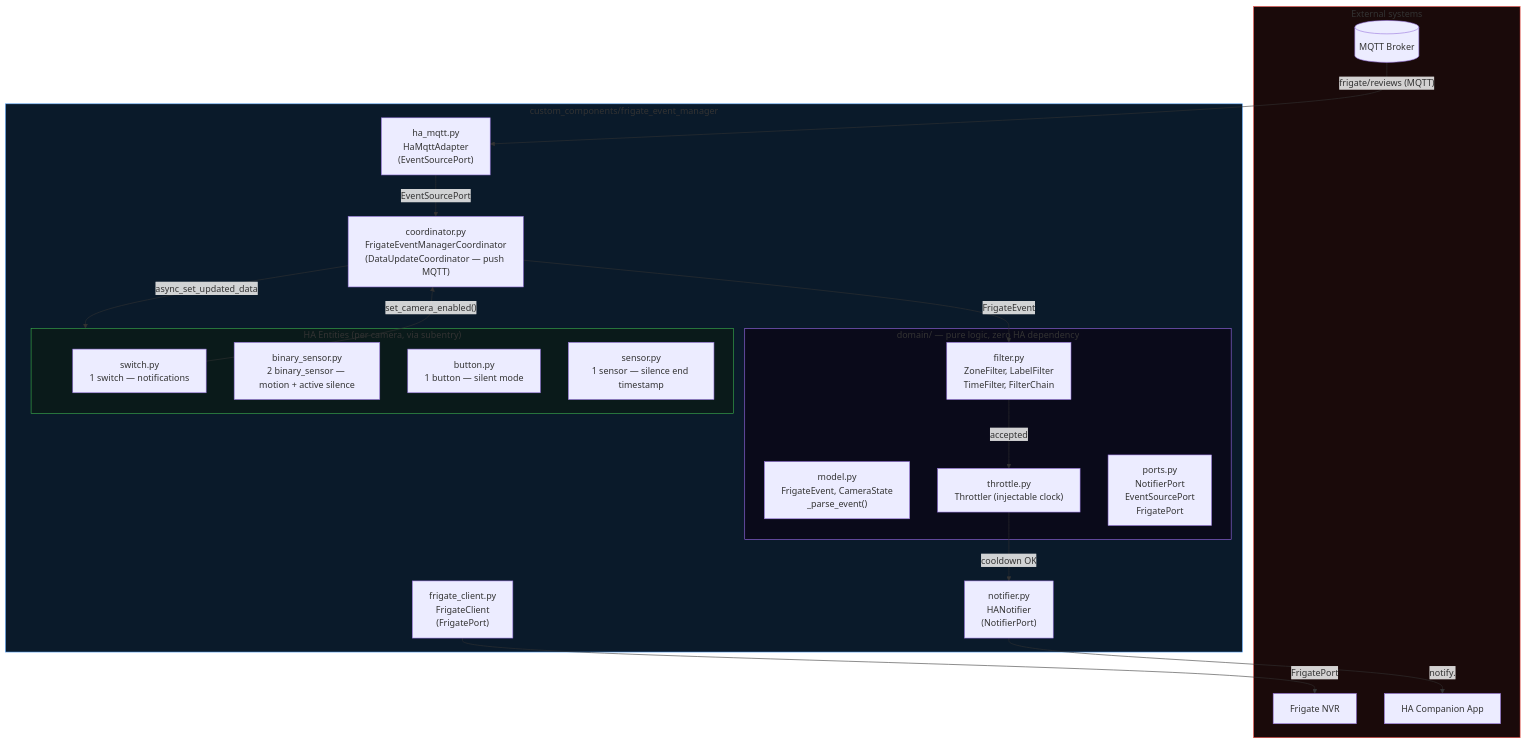
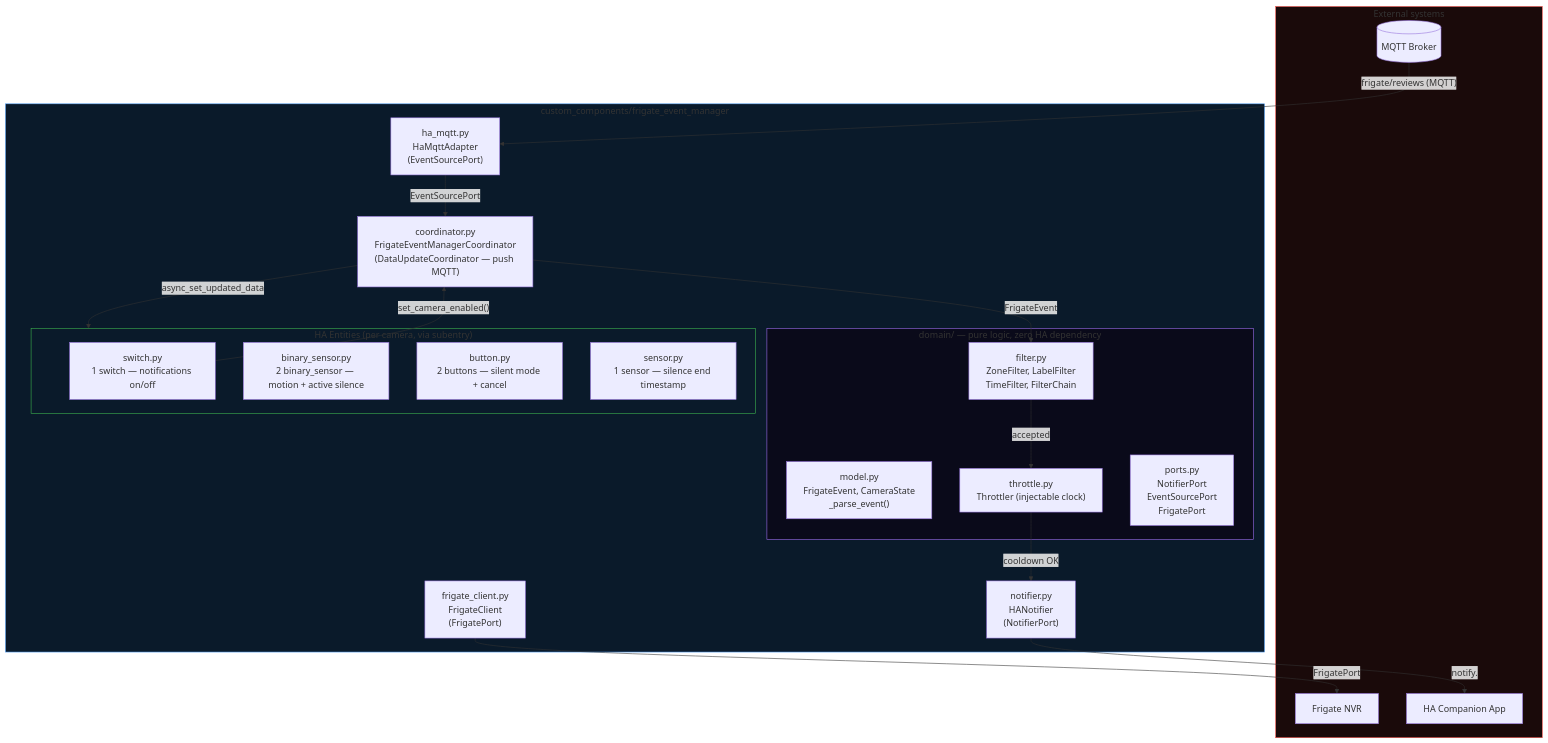
The first of 5 diagrams in docs/architecture.md (trowaflo/frigate-event-manager), drawn with Mermaid before and after one commit. The commit also changed other lines of this file and 1 other file, not shown here.

Commit message:
docs: rationalize documentation — README, architecture, notifications

````diff
--- a/docs/architecture.md
+++ b/docs/architecture.md
@@ -8,44 +8,44 @@
 ```mermaid
 graph TB
     subgraph External["External systems"]
         BROKER[("MQTT Broker")]
         FRIGATE["Frigate NVR"]
         HA_NOTIFY["HA Companion App"]
     end
 
     subgraph Integration["custom_components/frigate_event_manager"]
         subgraph Domain["domain/ — pure logic, zero HA dependency"]
             MODEL["model.py\nFrigateEvent, CameraState\n_parse_event()"]
             FILTER_D["filter.py\nZoneFilter, LabelFilter\nTimeFilter, FilterChain"]
             THROTTLE_D["throttle.py\nThrottler (injectable clock)"]
             PORTS["ports.py\nNotifierPort\nEventSourcePort\nFrigatePort"]
         end
 
         COORD["coordinator.py\nFrigateEventManagerCoordinator\n(DataUpdateCoordinator — push MQTT)"]
         HAMQTT["ha_mqtt.py\nHaMqttAdapter\n(EventSourcePort)"]
         NOTIFIER["notifier.py\nHANotifier\n(NotifierPort)"]
         CLIENT["frigate_client.py\nFrigateClient\n(FrigatePort)"]
 
         subgraph Entities["HA Entities (per camera, via subentry)"]
-            SWITCH["switch.py\n1 switch — notifications"]
+            SWITCH["switch.py\n1 switch — notifications on/off"]
             BINSENSOR["binary_sensor.py\n2 binary_sensor — motion + active silence"]
-            BUTTON["button.py\n1 button — silent mode"]
+            BUTTON["button.py\n2 buttons — silent mode + cancel"]
             SENSOR["sensor.py\n1 sensor — silence end timestamp"]
         end
     end
 
     BROKER -->|"frigate/reviews (MQTT)"| HAMQTT
     HAMQTT -->|"EventSourcePort"| COORD
     COORD -->|FrigateEvent| FILTER_D
     FILTER_D -->|accepted| THROTTLE_D
     THROTTLE_D -->|cooldown OK| NOTIFIER
     NOTIFIER -->|"notify.<target>"| HA_NOTIFY
     COORD -->|async_set_updated_data| Entities
     SWITCH -->|"set_camera_enabled()"| COORD
     CLIENT -->|"FrigatePort"| FRIGATE
 
     style External fill:#1a0a0a,stroke:#f85149
     style Integration fill:#0a1a2a,stroke:#58a6ff
     style Domain fill:#0a0a1a,stroke:#a371f7
-    style Entities fill:#0a1a1a,stroke:#3fb950
+    style Entities fill:#0a1a2a,stroke:#3fb950
 ```
````
